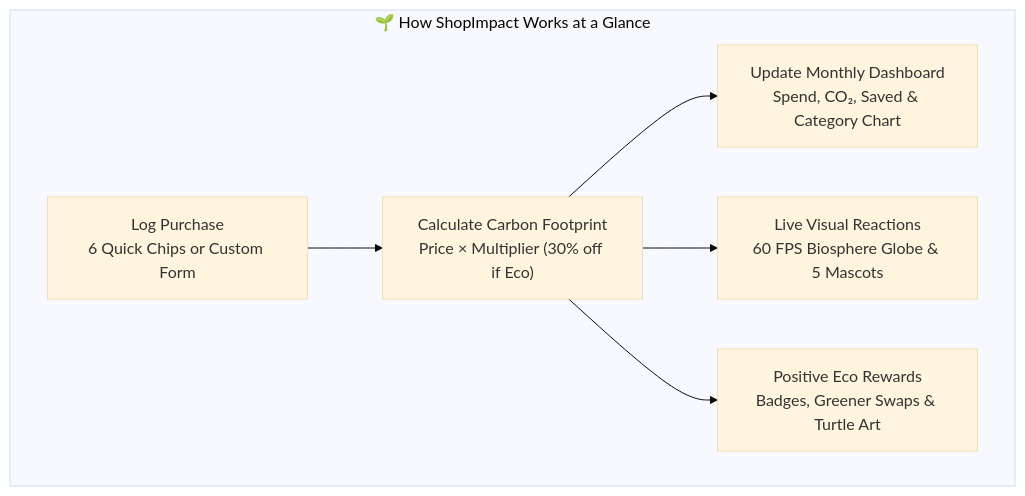
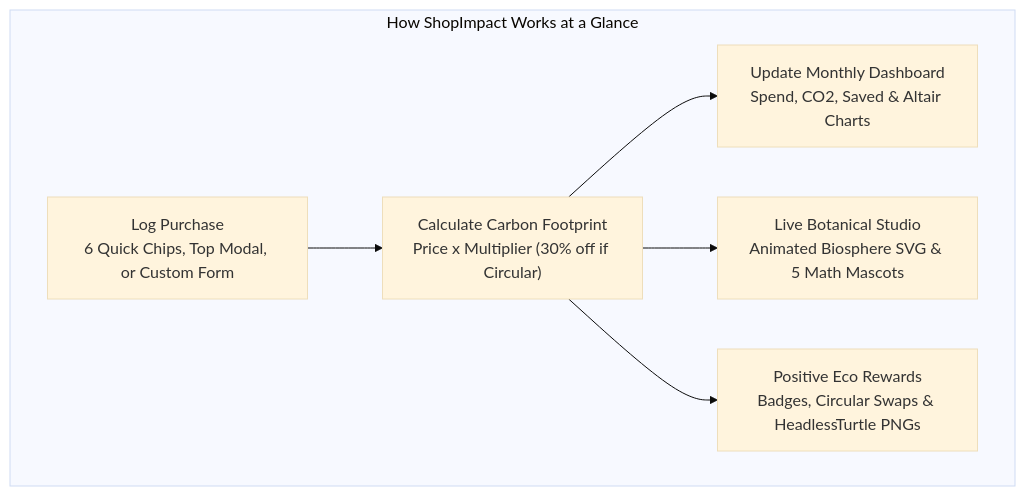
Before and after one commit to parthibcpana/IDAI102-1000544-PARTH-PARVINBHAI-GAJERA-SA: the first of 8 diagrams in README.md, drawn with Mermaid (base theme). The commit also changed other lines of this file and 5 other files, not shown here.

Commit message:
perf(SA): cache SVG/PNG/CSS pipelines, add simulator fragment, upgrade README with custom animated SVGs

````diff
--- a/README.md
+++ b/README.md
@@ -44,9 +46,9 @@
 ```mermaid
 flowchart TD
-    subgraph ShopImpact ["🌱 How ShopImpact Works at a Glance"]
-        A["Log Purchase<br>6 Quick Chips or Custom Form"] --> B["Calculate Carbon Footprint<br>Price × Multiplier (30% off if Eco)"]
-        B --> C["Update Monthly Dashboard<br>Spend, CO₂, Saved & Category Chart"]
-        B --> D["Live Visual Reactions<br>60 FPS Biosphere Globe & 5 Mascots"]
-        B --> E["Positive Eco Rewards<br>Badges, Greener Swaps & Turtle Art"]
+    subgraph ShopImpact ["How ShopImpact Works at a Glance"]
+        A["Log Purchase<br>6 Quick Chips, Top Modal, or Custom Form"] --> B["Calculate Carbon Footprint<br>Price x Multiplier (30% off if Circular)"]
+        B --> C["Update Monthly Dashboard<br>Spend, CO2, Saved & Altair Charts"]
+        B --> D["Live Botanical Studio<br>Animated Biosphere SVG & 5 Math Mascots"]
+        B --> E["Positive Eco Rewards<br>Badges, Circular Swaps & HeadlessTurtle PNGs"]
     end
 ```
````
